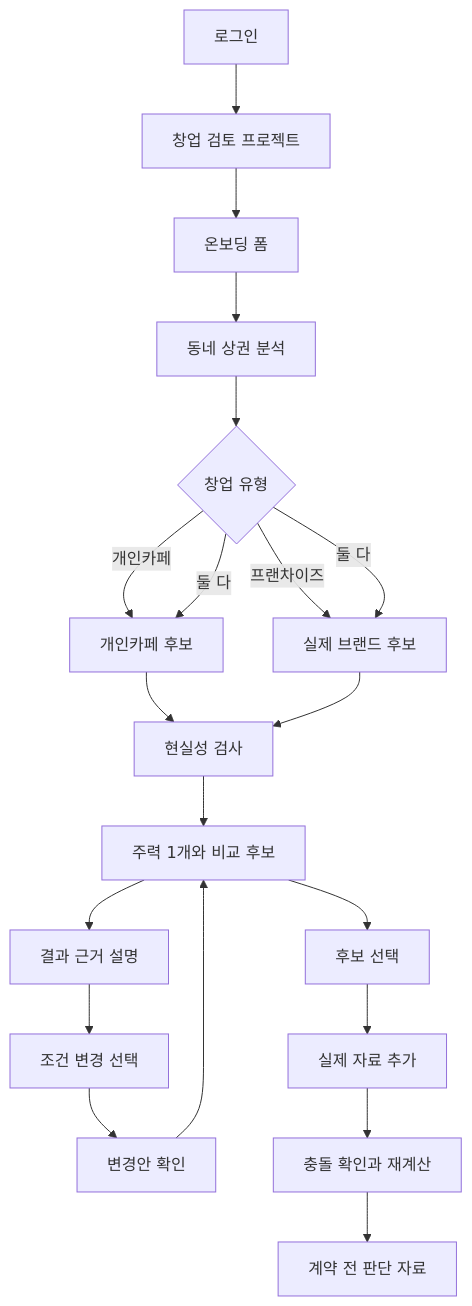
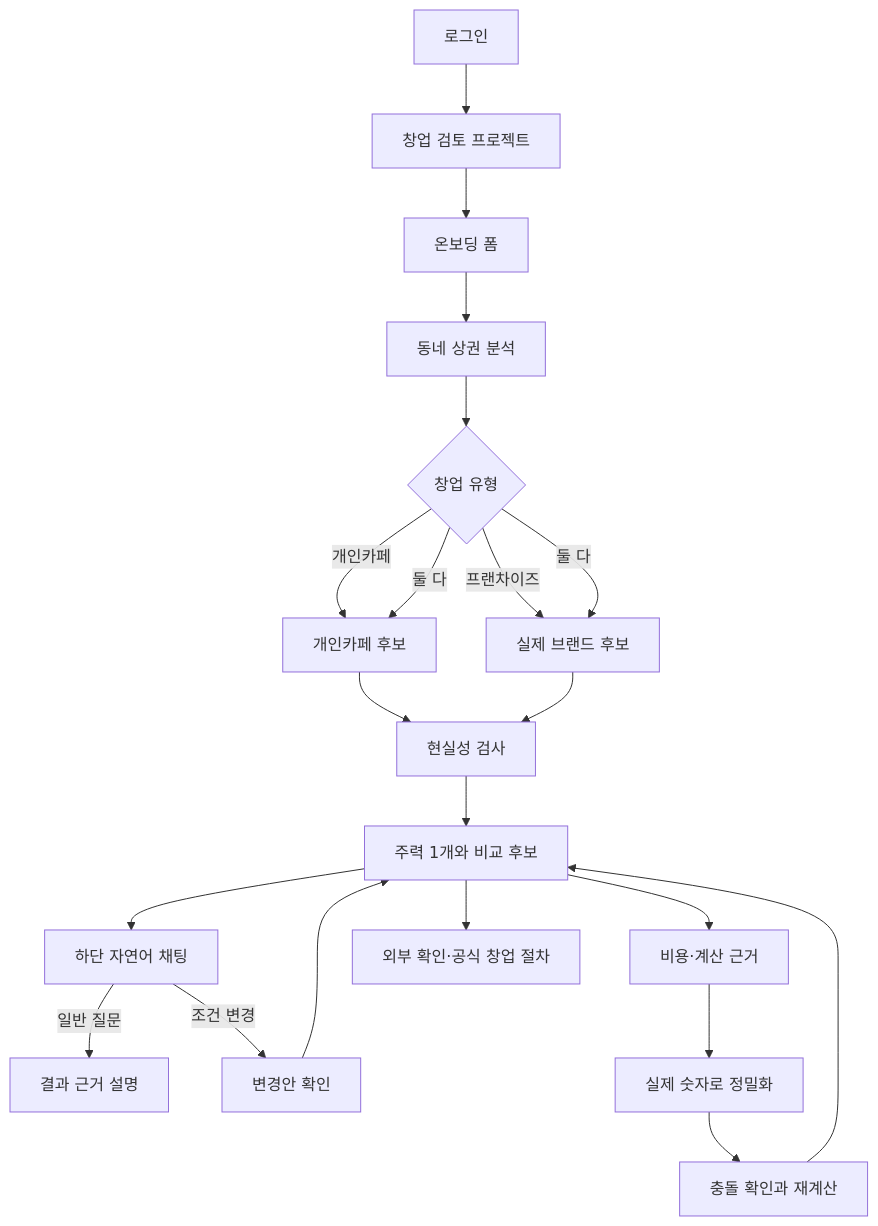
The diagram in docs/product-spec.md (ai-bootcamp-team4/CaffeMate), drawn with Mermaid before and after one commit. The commit also changed other lines of this file and 16 other files, not shown here.

````diff
--- a/docs/product-spec.md
+++ b/docs/product-spec.md
@@ -68,22 +68,23 @@
 ```mermaid
 flowchart TD
     login[로그인] --> project[창업 검토 프로젝트]
     project --> onboarding[온보딩 폼]
     onboarding --> area[동네 상권 분석]
     area --> branch{창업 유형}
     branch -->|개인카페| independent[개인카페 후보]
     branch -->|프랜차이즈| franchise[실제 브랜드 후보]
     branch -->|둘 다| independent
     branch -->|둘 다| franchise
     independent --> gate[현실성 검사]
     franchise --> gate
     gate --> result[주력 1개와 비교 후보]
-    result --> explain[결과 근거 설명]
-    explain --> feedback[조건 변경 선택]
-    feedback --> confirm[변경안 확인]
+    result --> chat[하단 자연어 채팅]
+    chat -->|일반 질문| explain[결과 근거 설명]
+    chat -->|조건 변경| confirm[변경안 확인]
     confirm --> result
-    result --> select[후보 선택]
-    select --> artifact[실제 자료 추가]
-    artifact --> recompute[충돌 확인과 재계산]
-    recompute --> packet[계약 전 판단 자료]
+    result --> finance[비용·계산 근거]
+    finance --> refine[실제 숫자로 정밀화]
+    refine --> recompute[충돌 확인과 재계산]
+    recompute --> result
+    result --> procedure[외부 확인·공식 창업 절차]
 ```
````
